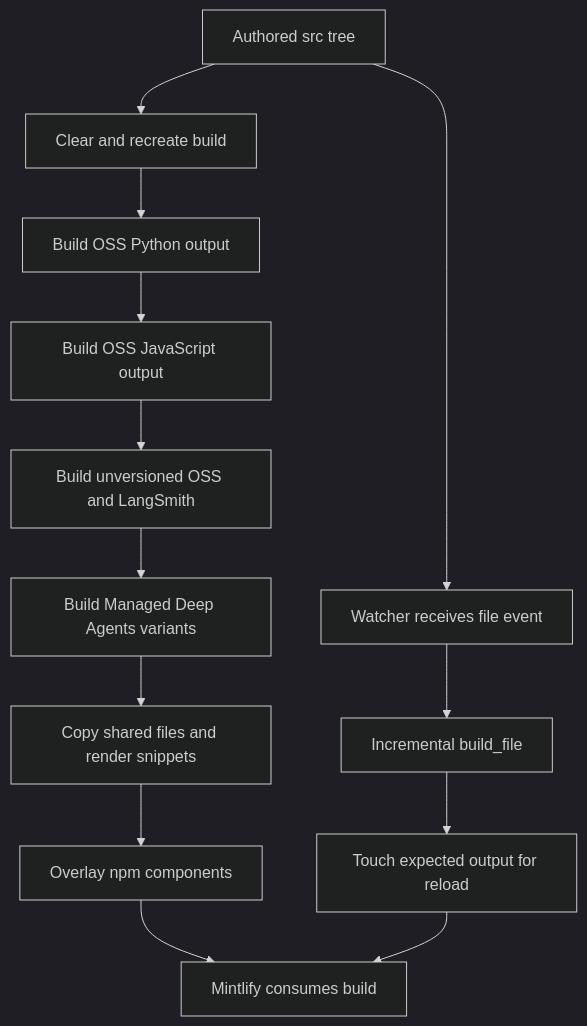
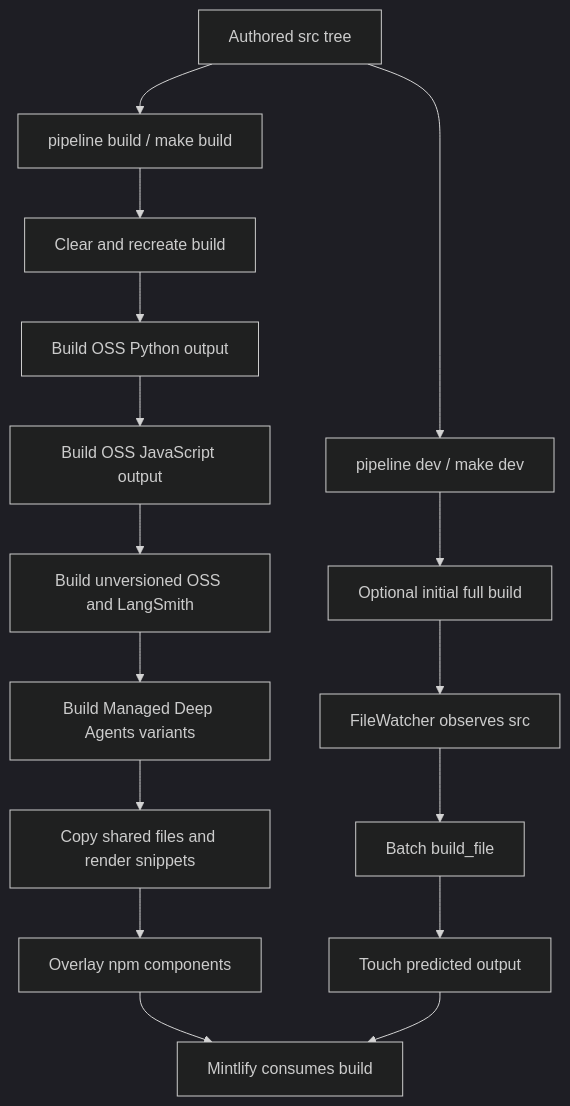
One commit to langchain-ai/docs changed the diagram in openwiki/architecture/build-system.md. Above: the diagram before and after it, drawn with Mermaid (dark theme). The commit also changed other lines of this file and 43 other files, not shown here.

````diff
--- a/openwiki/architecture/build-system.md
+++ b/openwiki/architecture/build-system.md
@@ -49,15 +58,18 @@
 ```mermaid
 flowchart TD
-    Source["Authored src tree"] --> Clear["Clear and recreate build"]
+    Source["Authored src tree"] --> Full["pipeline build / make build"]
+    Full --> Clear["Clear and recreate build"]
     Clear --> Py["Build OSS Python output"]
     Py --> Js["Build OSS JavaScript output"]
     Js --> Unversioned["Build unversioned OSS and LangSmith"]
     Unversioned --> Managed["Build Managed Deep Agents variants"]
     Managed --> Shared["Copy shared files and render snippets"]
     Shared --> Overlay["Overlay npm components"]
     Overlay --> Mint["Mintlify consumes build"]
-    Source --> Watch["Watcher receives file event"]
-    Watch --> Incremental["Incremental build_file"]
-    Incremental --> Touch["Touch expected output for reload"]
+    Source --> Dev["pipeline dev / make dev"]
+    Dev --> Initial["Optional initial full build"]
+    Initial --> Watch["FileWatcher observes src"]
+    Watch --> Incremental["Batch build_file"]
+    Incremental --> Touch["Touch predicted output"]
     Touch --> Mint
 ```
````
